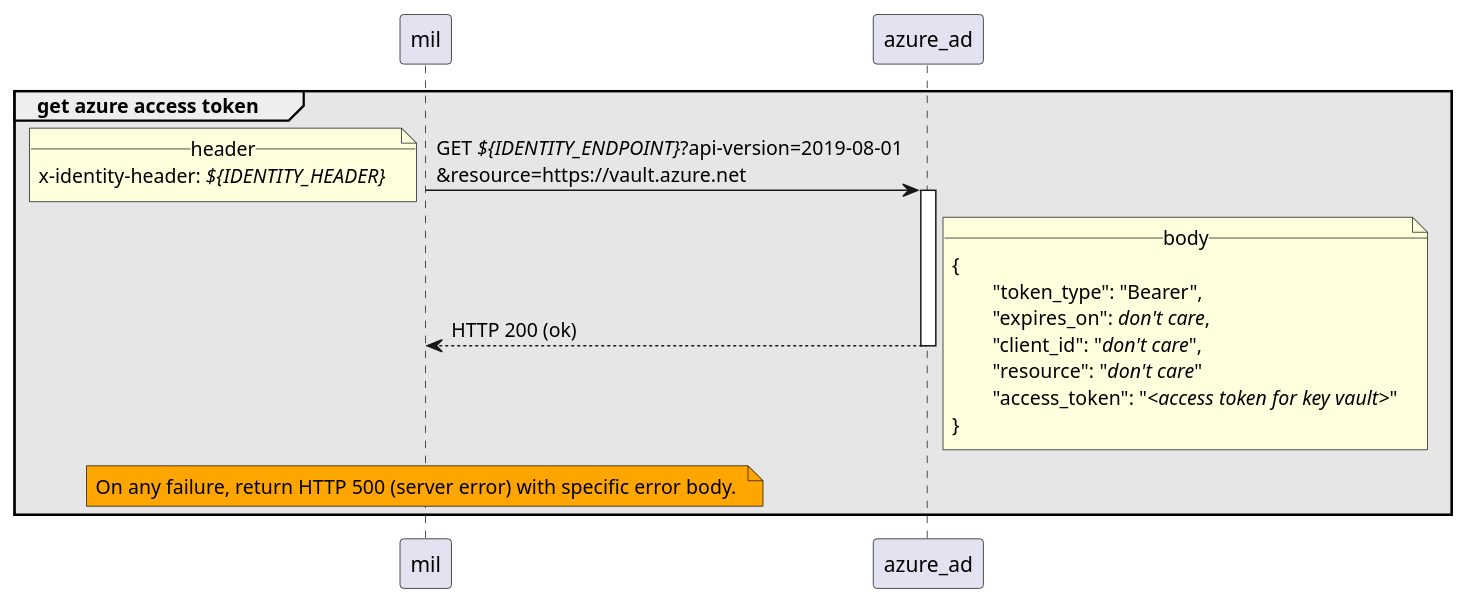
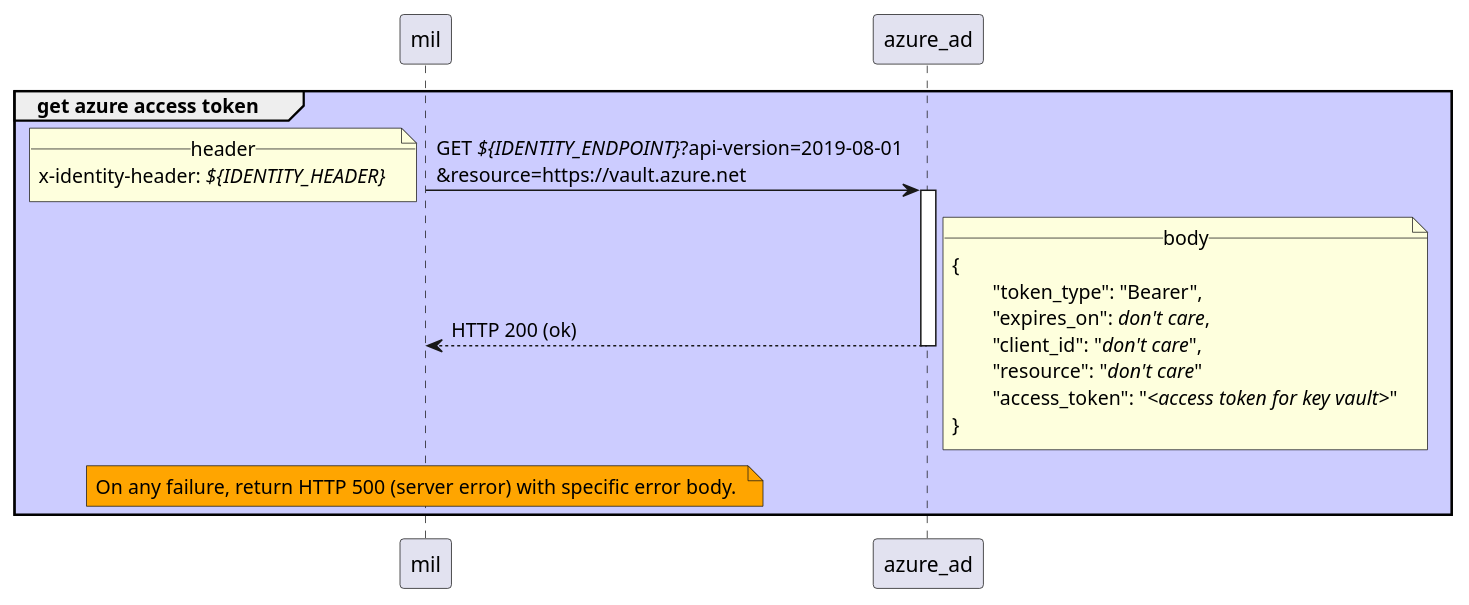
The diagram in sequence_diags/pagoPA/pos_management/get_azure_access_token_for_vault.puml (pagopa/mil-diags), drawn with PlantUML before and after one commit. The commit also changed 26 other files, not shown here.

```diff
--- a/sequence_diags/pagoPA/pos_management/get_azure_access_token_for_vault.puml
+++ b/sequence_diags/pagoPA/pos_management/get_azure_access_token_for_vault.puml
@@ -1,23 +1,23 @@
-group #E6E6E6 get azure access token
+group #CCCCFF get azure access token
 	mil -> azure_ad ++ : GET //${IDENTITY_ENDPOINT}//?api-version=2019-08-01\n&resource=https://vault.azure.net
 		note left
 			__header__
 			x-identity-header: //${IDENTITY_HEADER}//
 		end note
 
 	azure_ad --> mil -- : HTTP 200 (ok) 
 		note right
 			__body__
 			{
 				"token_type": "Bearer",
 				"expires_on": //don't care//,
 				"client_id": "//don't care//",
 				"resource": "//don't care//"
 				"access_token": "//<access token for key vault>//"
 			}
 		end note
 
 	note over mil #Orange
 		On any failure, return HTTP 500 (server error) with specific error body. 
 	end note
 end
```
